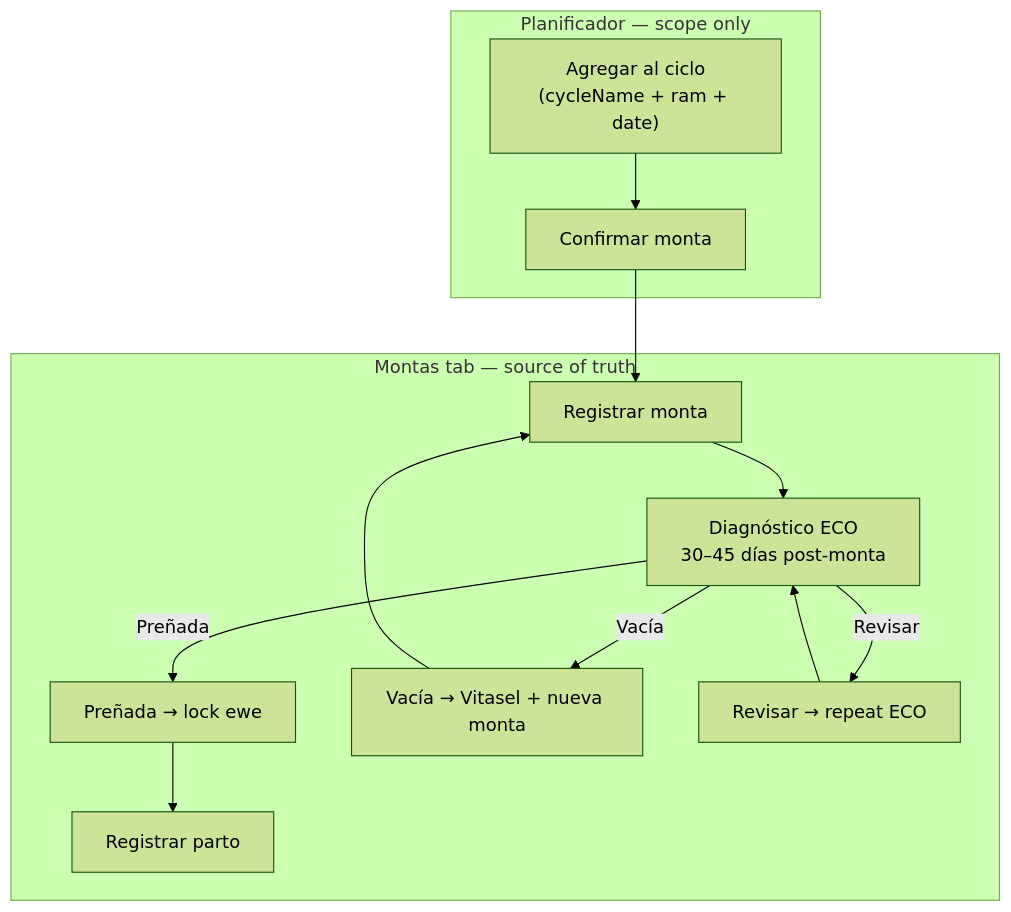
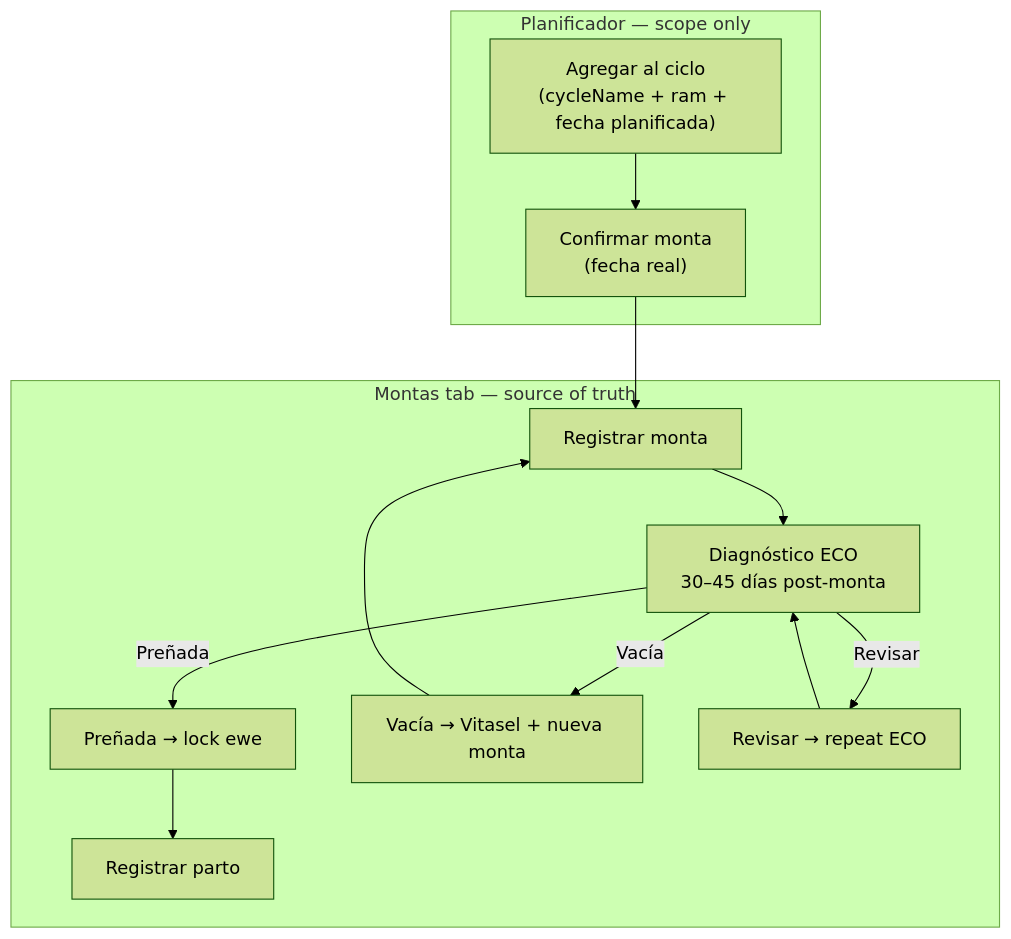
One commit to alexanderwsp-git/lanapp changed the diagram in docs/MONTAS_LIFECYCLE.md. Above: the diagram before and after it, drawn with Mermaid (forest theme). The commit also changed other lines of this file and 32 other files, not shown here.

````diff
--- a/docs/MONTAS_LIFECYCLE.md
+++ b/docs/MONTAS_LIFECYCLE.md
@@ -7,24 +7,24 @@
 ```mermaid
 flowchart TD
     subgraph planner [Planificador — scope only]
-        Schedule["Agregar al ciclo\n(cycleName + ram + date)"]
-        Confirm["Confirmar monta"]
+        Schedule["Agregar al ciclo\n(cycleName + ram + fecha planificada)"]
+        Confirm["Confirmar monta\n(fecha real)"]
     end
     subgraph montas [Montas tab — source of truth]
         Mating["Registrar monta"]
         Eco["Diagnóstico ECO\n30–45 días post-monta"]
         Pregnant["Preñada → lock ewe"]
         Empty["Vacía → Vitasel + nueva monta"]
         Recheck["Revisar → repeat ECO"]
         Delivery["Registrar parto"]
     end
     Schedule --> Confirm
     Confirm --> Mating
     Mating --> Eco
     Eco -->|Preñada| Pregnant
     Eco -->|Vacía| Empty
     Eco -->|Revisar| Recheck
     Recheck --> Eco
     Empty --> Mating
     Pregnant --> Delivery
 ```
````
